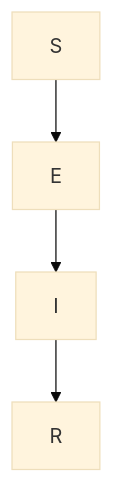
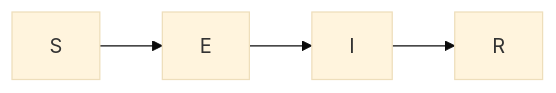
One commit to nils-dambowy/starter-academic changed the diagram in content/project/example/index.md. Above: the diagram before and after it, drawn with Mermaid (base theme).

````diff
--- a/content/project/example/index.md
+++ b/content/project/example/index.md
@@ -42,6 +42,6 @@
 ```mermaid
-graph TD;
+graph LR;
   S-->E;
   E-->I;
   I-->R;
 ```
````
